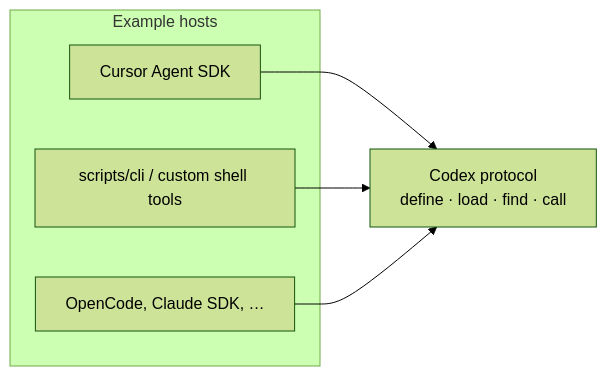
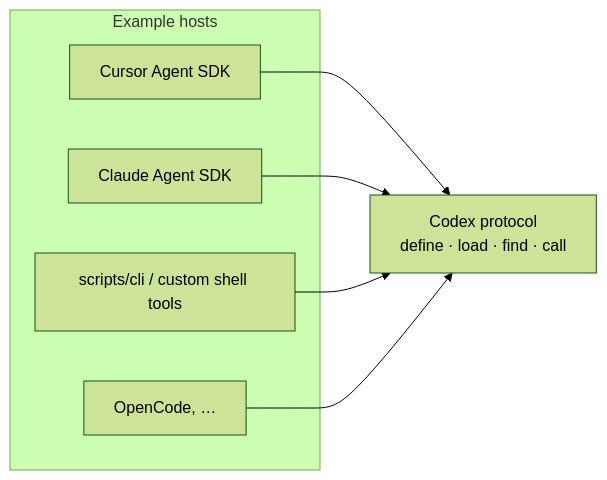
One commit to 0x1d/crucible changed the diagram in docs/reference/hosts.md. Above: the diagram before and after it, drawn with Mermaid (forest theme). The commit also changed other lines of this file and 18 other files, not shown here.

First line of the commit message:
feat(hosts): add Claude Agent SDK example host with evals

````diff
--- a/docs/reference/hosts.md
+++ b/docs/reference/hosts.md
@@ -7,14 +7,16 @@
 ```mermaid
 flowchart LR
   subgraph hosts["Example hosts"]
     Cursor["Cursor Agent SDK"]
+    Claude["Claude Agent SDK"]
     CLI["scripts/cli / custom shell tools"]
-    Other["OpenCode, Claude SDK, …"]
+    Other["OpenCode, …"]
   end
 
   Codex["Codex protocol\ndefine · load · find · call"]
 
   Cursor --> Codex
+  Claude --> Codex
   CLI --> Codex
   Other --> Codex
 ```
````
